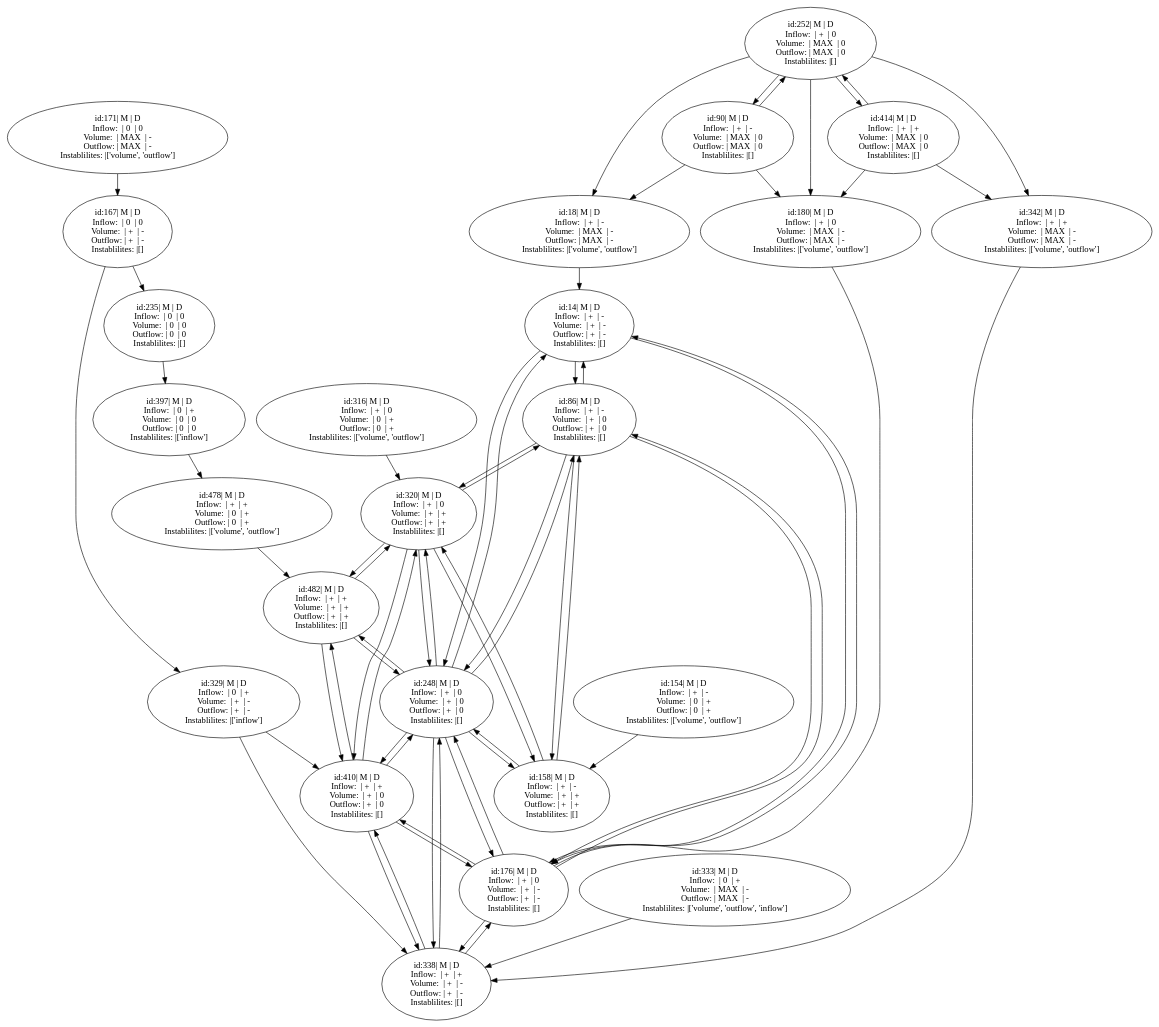
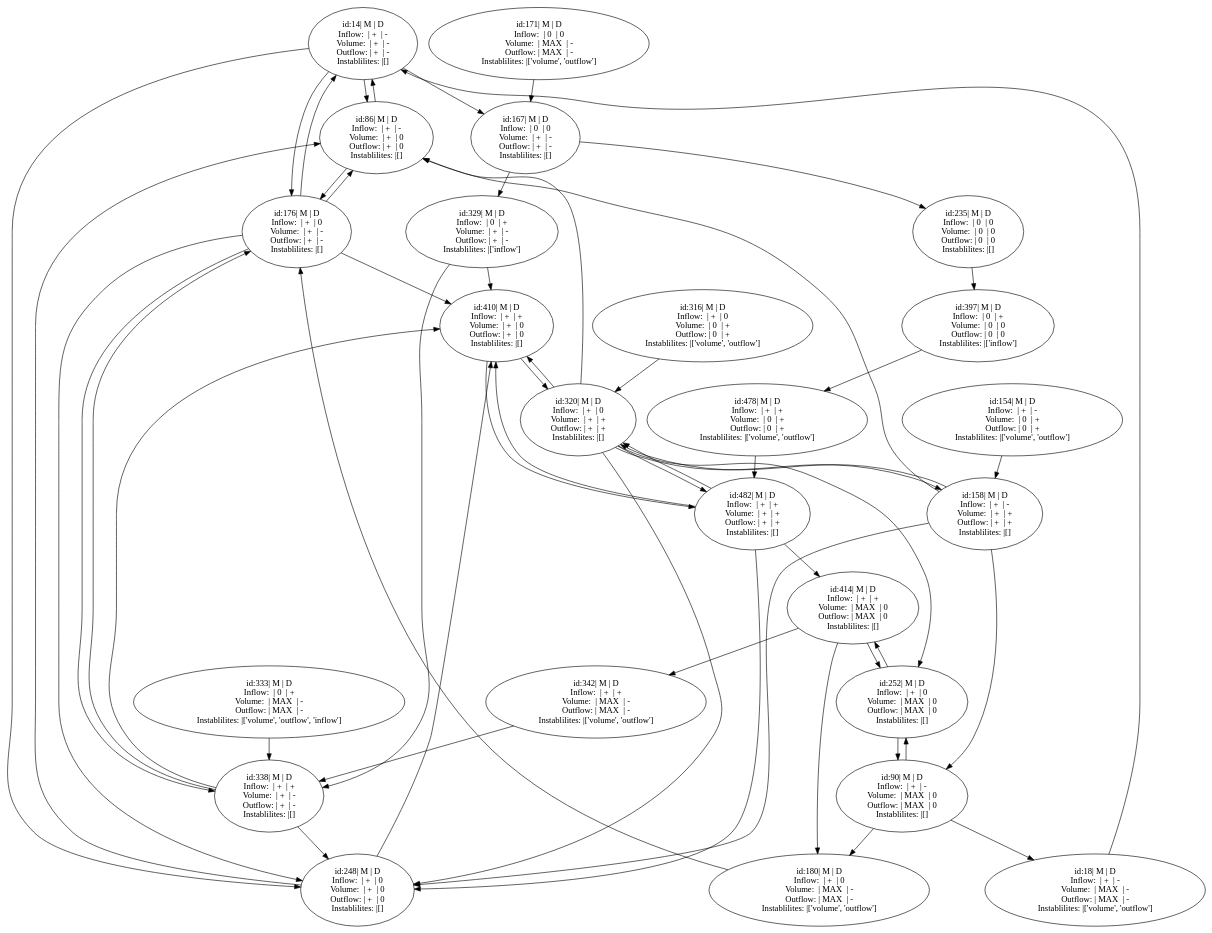
One commit to JappaB/Knowledge_Representation changed the diagram in QR assignment/graph.gv. Above: the diagram before and after it, drawn with Graphviz. The commit also changed 1 other file, not shown here.

```diff
--- a/QR assignment/graph.gv
+++ b/QR assignment/graph.gv
@@ -1,187 +1,176 @@
 digraph {
 	14 [label="id:14| M | D 
 Inflow:  | +  | -
 Volume:  | +  | -
 Outflow: | +  | -
 Instablilites: |[]"]
 	18 [label="id:18| M | D 
 Inflow:  | +  | -
 Volume:  | MAX  | -
 Outflow: | MAX  | -
 Instablilites: |['volume', 'outflow']"]
 	86 [label="id:86| M | D 
 Inflow:  | +  | -
 Volume:  | +  | 0
 Outflow: | +  | 0
 Instablilites: |[]"]
 	90 [label="id:90| M | D 
 Inflow:  | +  | -
 Volume:  | MAX  | 0
 Outflow: | MAX  | 0
 Instablilites: |[]"]
 	154 [label="id:154| M | D 
 Inflow:  | +  | -
 Volume:  | 0  | +
 Outflow: | 0  | +
 Instablilites: |['volume', 'outflow']"]
 	158 [label="id:158| M | D 
 Inflow:  | +  | -
 Volume:  | +  | +
 Outflow: | +  | +
 Instablilites: |[]"]
 	167 [label="id:167| M | D 
 Inflow:  | 0  | 0
 Volume:  | +  | -
 Outflow: | +  | -
 Instablilites: |[]"]
 	171 [label="id:171| M | D 
 Inflow:  | 0  | 0
 Volume:  | MAX  | -
 Outflow: | MAX  | -
 Instablilites: |['volume', 'outflow']"]
 	176 [label="id:176| M | D 
 Inflow:  | +  | 0
 Volume:  | +  | -
 Outflow: | +  | -
 Instablilites: |[]"]
 	180 [label="id:180| M | D 
 Inflow:  | +  | 0
 Volume:  | MAX  | -
 Outflow: | MAX  | -
 Instablilites: |['volume', 'outflow']"]
 	235 [label="id:235| M | D 
 Inflow:  | 0  | 0
 Volume:  | 0  | 0
 Outflow: | 0  | 0
 Instablilites: |[]"]
 	248 [label="id:248| M | D 
 Inflow:  | +  | 0
 Volume:  | +  | 0
 Outflow: | +  | 0
 Instablilites: |[]"]
 	252 [label="id:252| M | D 
 Inflow:  | +  | 0
 Volume:  | MAX  | 0
 Outflow: | MAX  | 0
 Instablilites: |[]"]
 	316 [label="id:316| M | D 
 Inflow:  | +  | 0
 Volume:  | 0  | +
 Outflow: | 0  | +
 Instablilites: |['volume', 'outflow']"]
 	320 [label="id:320| M | D 
 Inflow:  | +  | 0
 Volume:  | +  | +
 Outflow: | +  | +
 Instablilites: |[]"]
 	329 [label="id:329| M | D 
 Inflow:  | 0  | +
 Volume:  | +  | -
 Outflow: | +  | -
 Instablilites: |['inflow']"]
 	333 [label="id:333| M | D 
 Inflow:  | 0  | +
 Volume:  | MAX  | -
 Outflow: | MAX  | -
 Instablilites: |['volume', 'outflow', 'inflow']"]
 	338 [label="id:338| M | D 
 Inflow:  | +  | +
 Volume:  | +  | -
 Outflow: | +  | -
 Instablilites: |[]"]
 	342 [label="id:342| M | D 
 Inflow:  | +  | +
 Volume:  | MAX  | -
 Outflow: | MAX  | -
 Instablilites: |['volume', 'outflow']"]
 	397 [label="id:397| M | D 
 Inflow:  | 0  | +
 Volume:  | 0  | 0
 Outflow: | 0  | 0
 Instablilites: |['inflow']"]
 	410 [label="id:410| M | D 
 Inflow:  | +  | +
 Volume:  | +  | 0
 Outflow: | +  | 0
 Instablilites: |[]"]
 	414 [label="id:414| M | D 
 Inflow:  | +  | +
 Volume:  | MAX  | 0
 Outflow: | MAX  | 0
 Instablilites: |[]"]
 	478 [label="id:478| M | D 
 Inflow:  | +  | +
 Volume:  | 0  | +
 Outflow: | 0  | +
 Instablilites: |['volume', 'outflow']"]
 	482 [label="id:482| M | D 
 Inflow:  | +  | +
 Volume:  | +  | +
 Outflow: | +  | +
 Instablilites: |[]"]
-		18 -> 14
-		14 -> 86
-		86 -> 14
-		14 -> 176
-		176 -> 14
-		14 -> 248
-		248 -> 14
-		90 -> 18
-		252 -> 18
-		86 -> 158
-		158 -> 86
-		86 -> 176
-		176 -> 86
-		86 -> 248
-		248 -> 86
-		86 -> 320
-		320 -> 86
-		90 -> 180
-		90 -> 252
-		252 -> 90
-		154 -> 158
-		158 -> 248
-		248 -> 158
-		158 -> 320
-		320 -> 158
-		171 -> 167
-		167 -> 235
-		167 -> 329
-		180 -> 176
-		176 -> 248
-		248 -> 176
-		176 -> 338
-		338 -> 176
-		176 -> 410
-		410 -> 176
-		252 -> 180
-		414 -> 180
-		235 -> 397
-		248 -> 320
-		320 -> 248
-		248 -> 338
-		338 -> 248
-		248 -> 410
-		410 -> 248
-		248 -> 482
-		482 -> 248
-		252 -> 342
-		252 -> 414
-		414 -> 252
-		316 -> 320
-		320 -> 410
-		410 -> 320
-		320 -> 482
-		482 -> 320
-		329 -> 338
-		329 -> 410
-		333 -> 338
-		342 -> 338
-		338 -> 410
-		410 -> 338
-		414 -> 342
-		397 -> 478
-		410 -> 482
-		482 -> 410
-		478 -> 482
+	18 -> 14
+	14 -> 86
+	86 -> 14
+	14 -> 167
+	14 -> 176
+	176 -> 14
+	14 -> 248
+	90 -> 18
+	158 -> 86
+	86 -> 176
+	176 -> 86
+	248 -> 86
+	320 -> 86
+	158 -> 90
+	90 -> 180
+	90 -> 252
+	252 -> 90
+	154 -> 158
+	158 -> 248
+	158 -> 320
+	320 -> 158
+	171 -> 167
+	167 -> 235
+	167 -> 329
+	180 -> 176
+	176 -> 248
+	176 -> 338
+	338 -> 176
+	176 -> 410
+	414 -> 180
+	235 -> 397
+	320 -> 248
+	338 -> 248
+	248 -> 410
+	482 -> 248
+	320 -> 252
+	252 -> 414
+	414 -> 252
+	316 -> 320
+	320 -> 410
+	410 -> 320
+	320 -> 482
+	482 -> 320
+	329 -> 338
+	329 -> 410
+	333 -> 338
+	342 -> 338
+	338 -> 410
+	414 -> 342
+	397 -> 478
+	410 -> 482
+	482 -> 410
+	482 -> 414
+	478 -> 482
 }
```
